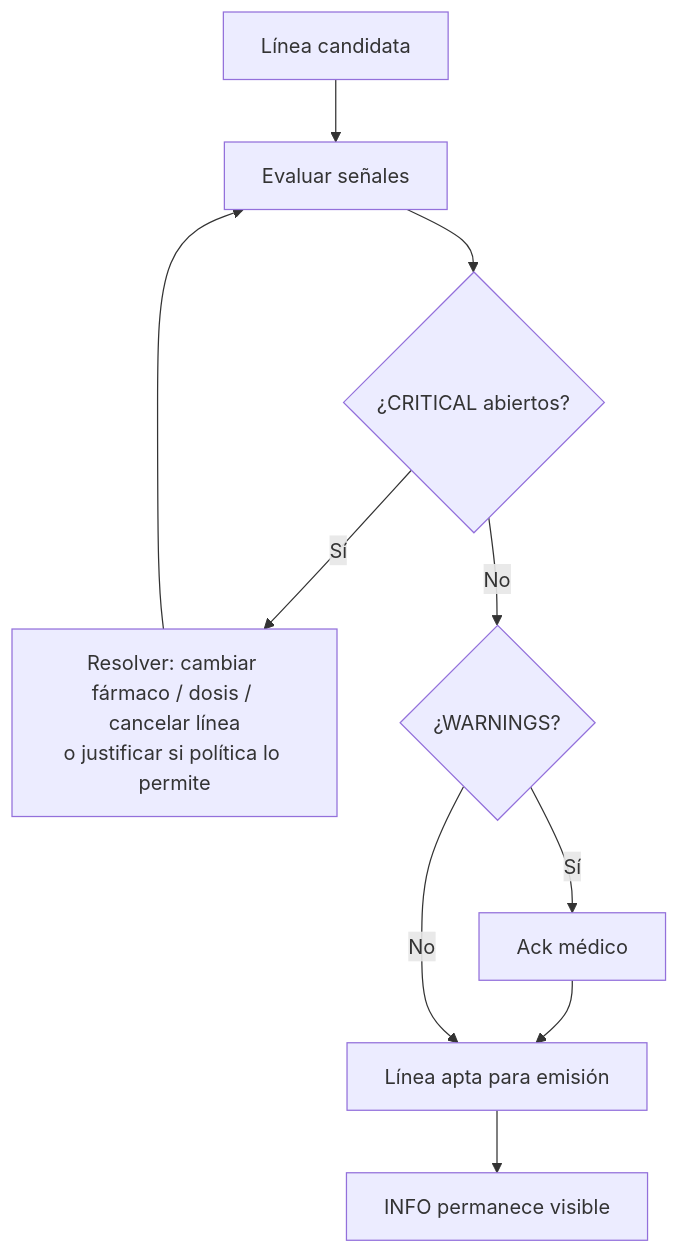
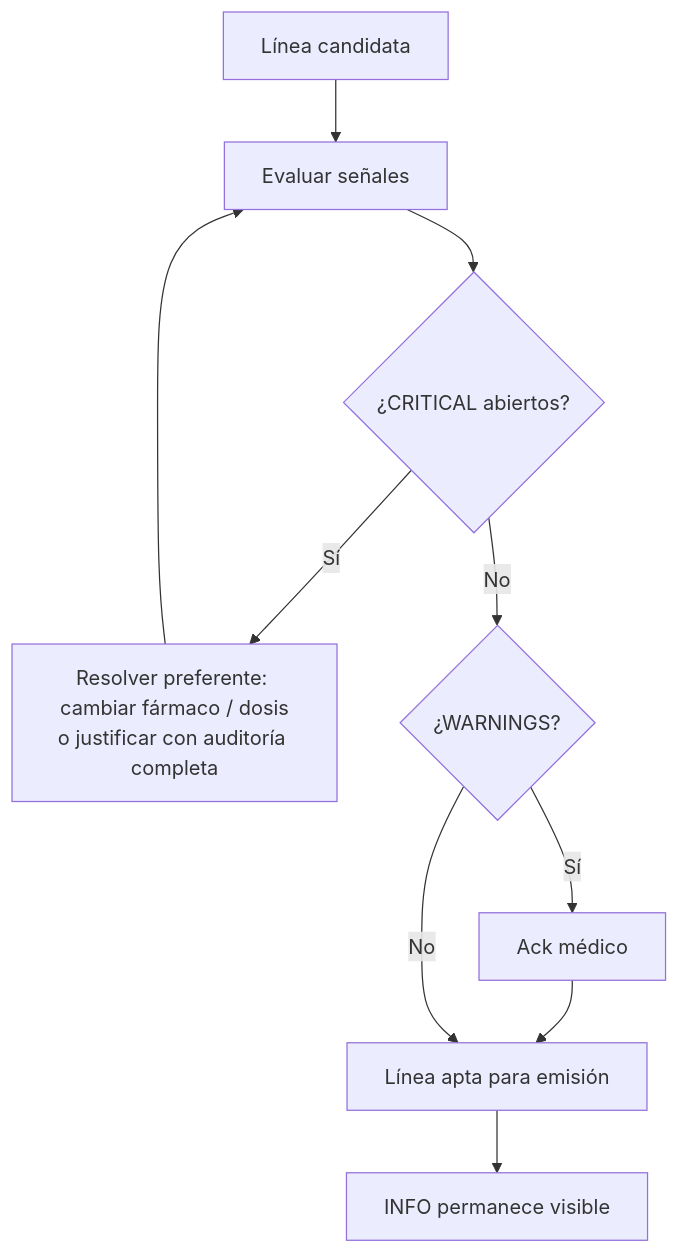
Before and after one commit to jairosc23/heydoctor-frontend: the fifth of 6 diagrams in docs/architecture/PRESCRIPTION-ENGINE-ENTERPRISE-PHASE-0-CLINICAL-DESIGN.md, drawn with Mermaid. The commit also changed other lines of this file, not shown here.

````diff
--- a/docs/architecture/PRESCRIPTION-ENGINE-ENTERPRISE-PHASE-0-CLINICAL-DESIGN.md
+++ b/docs/architecture/PRESCRIPTION-ENGINE-ENTERPRISE-PHASE-0-CLINICAL-DESIGN.md
@@ -253,12 +280,12 @@
 ```mermaid
 flowchart TD
   L[Línea candidata] --> S[Evaluar señales]
   S --> C{¿CRITICAL abiertos?}
-  C -->|Sí| R[Resolver: cambiar fármaco / dosis / cancelar línea<br/>o justificar si política lo permite]
+  C -->|Sí| R[Resolver preferente: cambiar fármaco / dosis<br/>o justificar con auditoría completa]
   R --> S
   C -->|No| W{¿WARNINGS?}
   W -->|Sí| A[Ack médico]
   A --> OK[Línea apta para emisión]
   W -->|No| OK
   OK --> I[INFO permanece visible]
 ```
````
